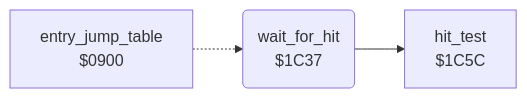
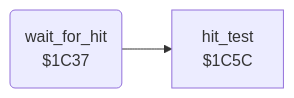
Before and after one commit to henols/c64_games: the diagram in koala_painter/v1/docs/reference/modules/input/hit_test.md, drawn with Mermaid. The commit also changed other lines of this file and 1100 other files, not shown here.

````diff
--- a/koala_painter/v1/docs/reference/modules/input/hit_test.md
+++ b/koala_painter/v1/docs/reference/modules/input/hit_test.md
@@ -10,8 +16,6 @@
 ```mermaid
 flowchart LR
-  n0900["entry_jump_table<br/>$0900"]
   n1c37("wait_for_hit<br/>$1C37")
   n1c5c["hit_test<br/>$1C5C"]
-  n0900 -.-> n1c37
   n1c37 --> n1c5c
 ```
````
